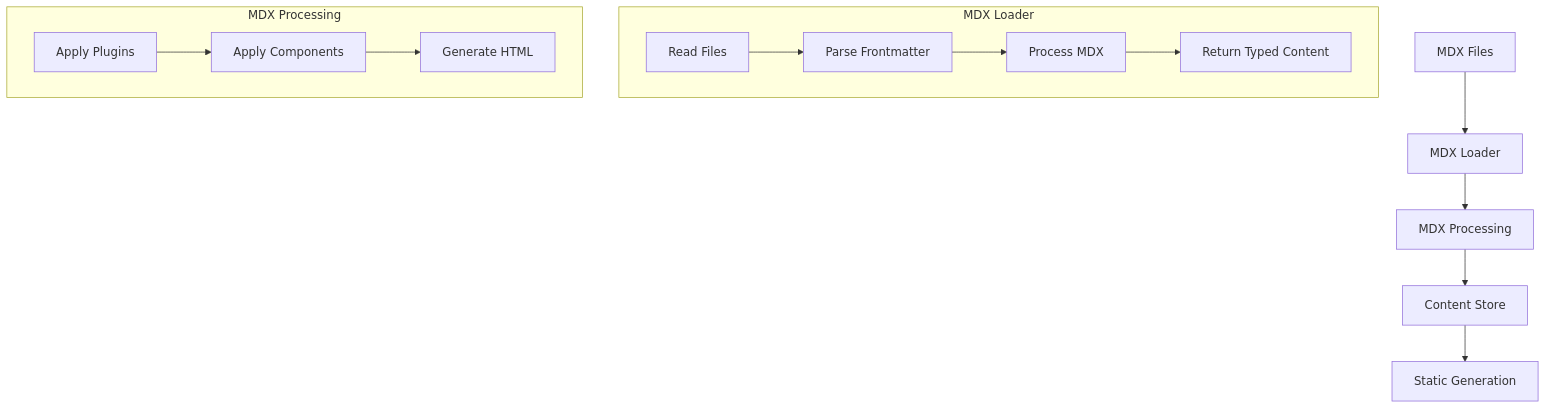
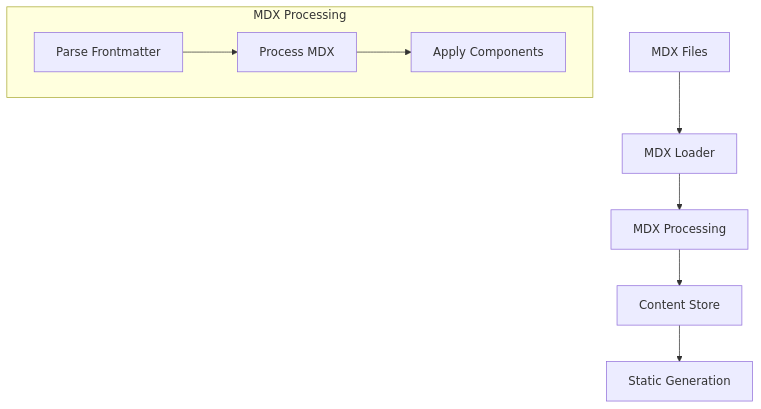
One commit to ddri/openqase changed the second of 5 diagrams in docs/technical-architecture.md. Above: the diagram before and after it, drawn with Mermaid. The commit also changed other lines of this file and 9 other files, not shown here.

````diff
--- a/docs/technical-architecture.md
+++ b/docs/technical-architecture.md
@@ -11,18 +52,12 @@
 ```mermaid
 graph TD
     A[MDX Files] --> B[MDX Loader]
     B --> C[MDX Processing]
     C --> D[Content Store]
     D --> E[Static Generation]
     
-    subgraph "MDX Loader"
-    F[Read Files] --> G[Parse Frontmatter]
-    G --> H[Process MDX]
-    H --> I[Return Typed Content]
-    end
-    
     subgraph "MDX Processing"
-    J[Apply Plugins] --> K[Apply Components]
-    K --> L[Generate HTML]
+    F[Parse Frontmatter] --> G[Process MDX]
+    G --> H[Apply Components]
     end
 ```
````
